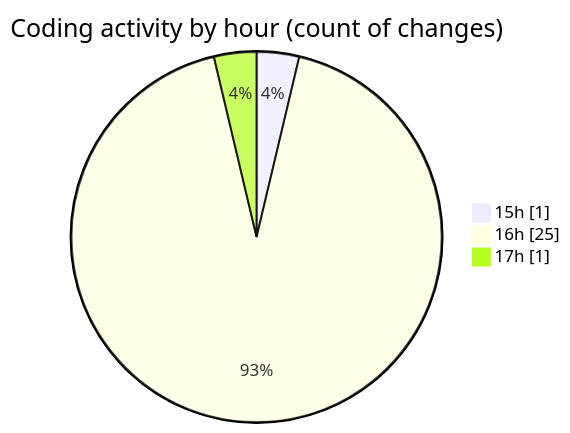
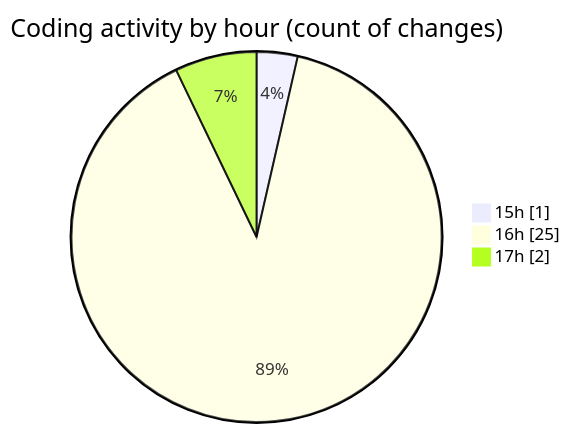
One commit to EIIisD/code-tracking changed the second of 2 diagrams in 2025-07-21/fish/README.md. Above: the diagram before and after it, drawn with Mermaid. The commit also changed other lines of this file and 1 other file, not shown here.

````diff
--- a/2025-07-21/fish/README.md
+++ b/2025-07-21/fish/README.md
@@ -35,7 +35,7 @@
 ```mermaid
 pie showData
 title Coding activity by hour (count of changes)
 "15h" : 1
 "16h" : 25
-"17h" : 1
+"17h" : 2
 ```
````
